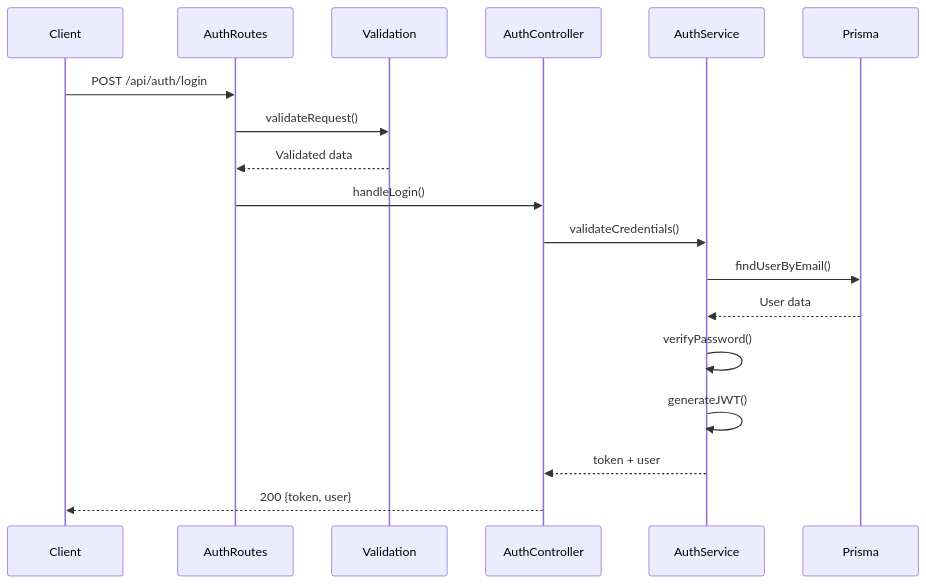
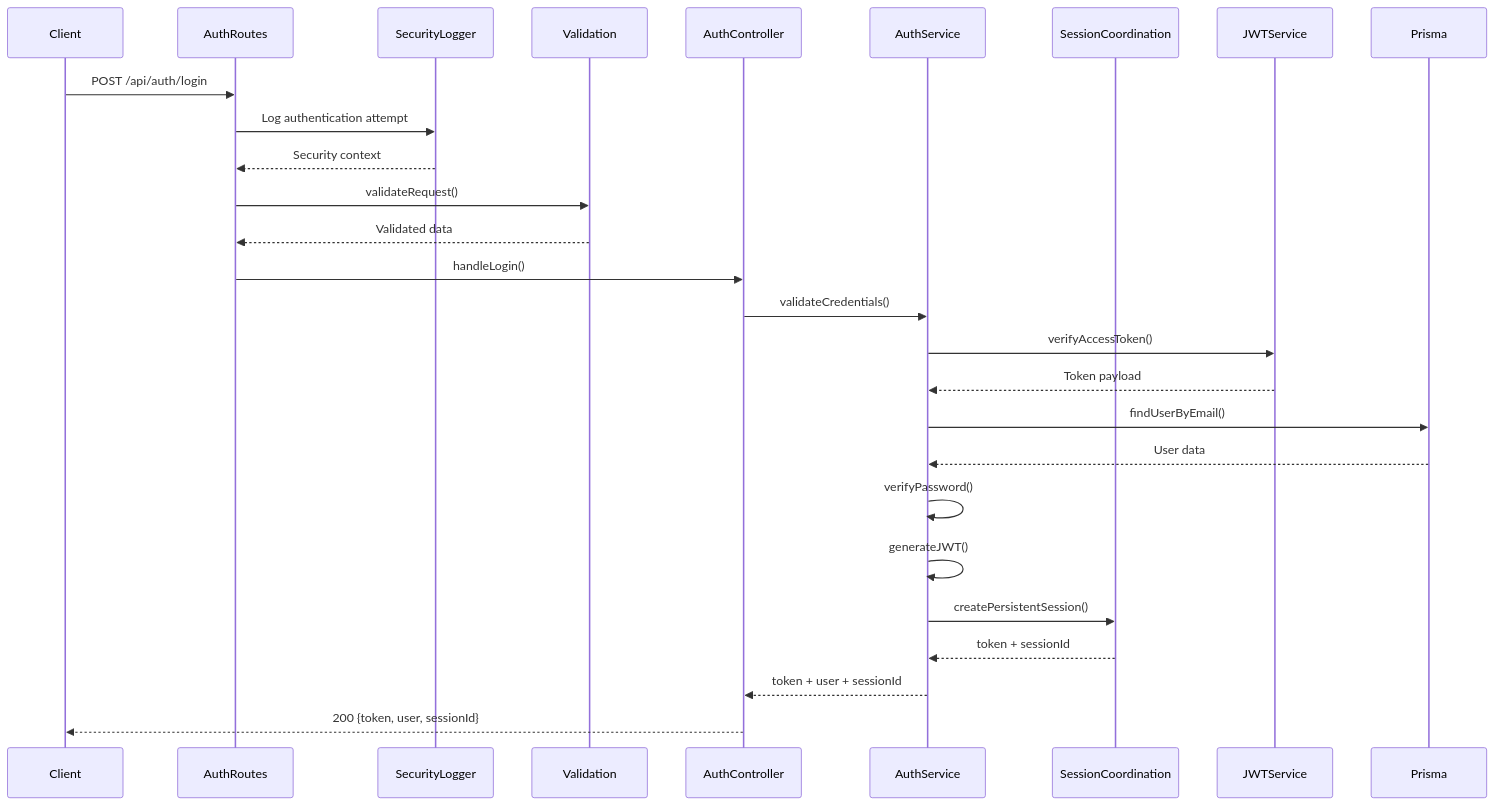
The ninth of 23 diagrams in .qoder/repowiki/en/content/Backend Architecture/Backend Architecture.md (Brimstow/ThumPiks), drawn with Mermaid before and after one commit. The commit also changed other lines of this file and 900 other files, not shown here.

````diff
--- a/.qoder/repowiki/en/content/Backend Architecture/Backend Architecture.md
+++ b/.qoder/repowiki/en/content/Backend Architecture/Backend Architecture.md
@@ -132,20 +556,29 @@
 ```mermaid
 sequenceDiagram
 participant Client
 participant AuthRoutes
+participant SecurityLogger
 participant Validation
 participant AuthController
 participant AuthService
+participant SessionCoordination
+participant JWTService
 participant Prisma
 Client->>AuthRoutes : POST /api/auth/login
+AuthRoutes->>SecurityLogger : Log authentication attempt
+SecurityLogger-->>AuthRoutes : Security context
 AuthRoutes->>Validation : validateRequest()
 Validation-->>AuthRoutes : Validated data
 AuthRoutes->>AuthController : handleLogin()
 AuthController->>AuthService : validateCredentials()
+AuthService->>JWTService : verifyAccessToken()
+JWTService-->>AuthService : Token payload
 AuthService->>Prisma : findUserByEmail()
 Prisma-->>AuthService : User data
 AuthService->>AuthService : verifyPassword()
 AuthService->>AuthService : generateJWT()
-AuthService-->>AuthController : token + user
-AuthController-->>Client : 200 {token, user}
+AuthService->>SessionCoordination : createPersistentSession()
+SessionCoordination-->>AuthService : token + sessionId
+AuthService-->>AuthController : token + user + sessionId
+AuthController-->>Client : 200 {token, user, sessionId}
 ```
````
